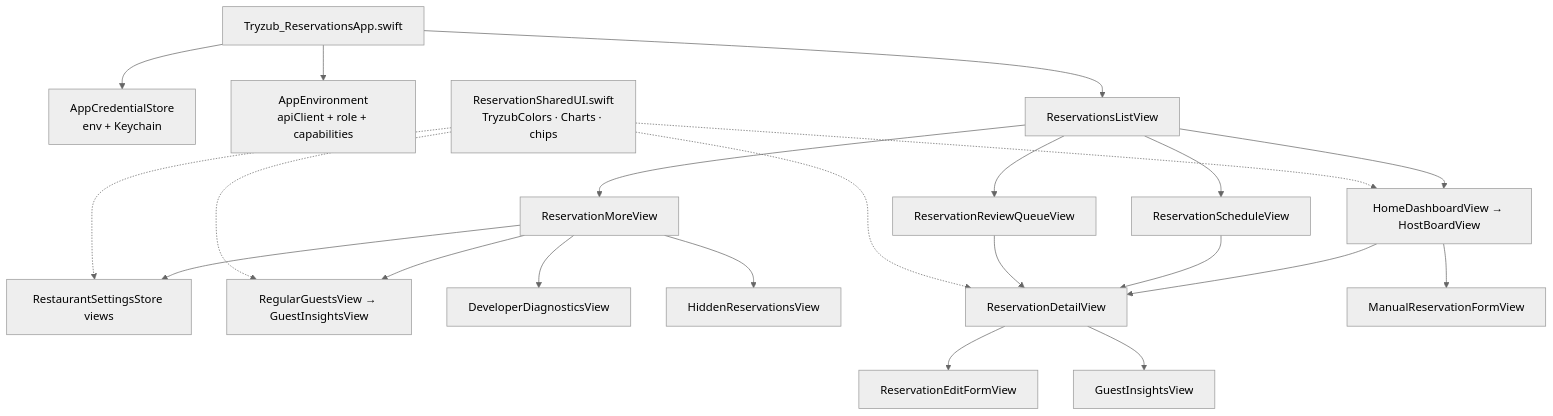
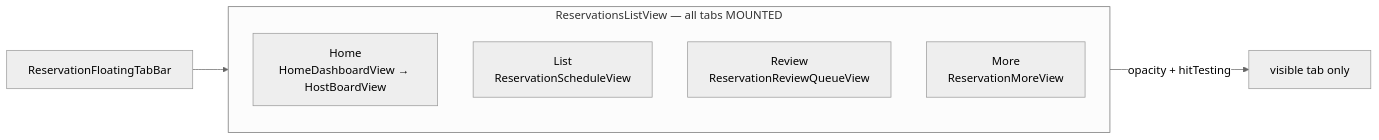
Before and after one commit to bohdan462/Reservation-iOS-App: the third of 11 diagrams in ARCHITECTURE_DIAGRAMS.md, drawn with Mermaid (neutral theme). The commit also changed other lines of this file and 17 other files, not shown here.

````diff
--- a/ARCHITECTURE_DIAGRAMS.md
+++ b/ARCHITECTURE_DIAGRAMS.md
@@ -70,30 +103,12 @@
 ```mermaid
-flowchart TD
-    App["Tryzub_ReservationsApp.swift"]
-    App --> Creds["AppCredentialStore<br/>env + Keychain"]
-    App --> Env["AppEnvironment<br/>apiClient + role + capabilities"]
-    App --> Shell["ReservationsListView"]
+flowchart LR
+    subgraph Shell["ReservationsListView — all tabs MOUNTED"]
+        H["Home<br/>HomeDashboardView → HostBoardView"]
+        L["List<br/>ReservationScheduleView"]
+        R["Review<br/>ReservationReviewQueueView"]
+        M["More<br/>ReservationMoreView"]
+    end
 
-    Shell --> Home["HomeDashboardView → HostBoardView"]
-    Shell --> List["ReservationScheduleView"]
-    Shell --> Review["ReservationReviewQueueView"]
-    Shell --> More["ReservationMoreView"]
-
-    More --> Settings["RestaurantSettingsStore views"]
-    More --> GuestMem["RegularGuestsView → GuestInsightsView"]
-    More --> Diag["DeveloperDiagnosticsView"]
-    More --> Hidden["HiddenReservationsView"]
-
-    Home --> Detail["ReservationDetailView"]
-    List --> Detail
-    Review --> Detail
-    Detail --> Edit["ReservationEditFormView"]
-    Detail --> Insights["GuestInsightsView"]
-
-    Home --> Create["ManualReservationFormView"]
-    Shared["ReservationSharedUI.swift<br/>TryzubColors · Charts · chips"]
-    Shared -.-> Home
-    Shared -.-> Detail
-    Shared -.-> Settings
-    Shared -.-> GuestMem
+    TabBar["ReservationFloatingTabBar"] --> Shell
+    Shell -->|opacity + hitTesting| Active["visible tab only"]
 ```
````
